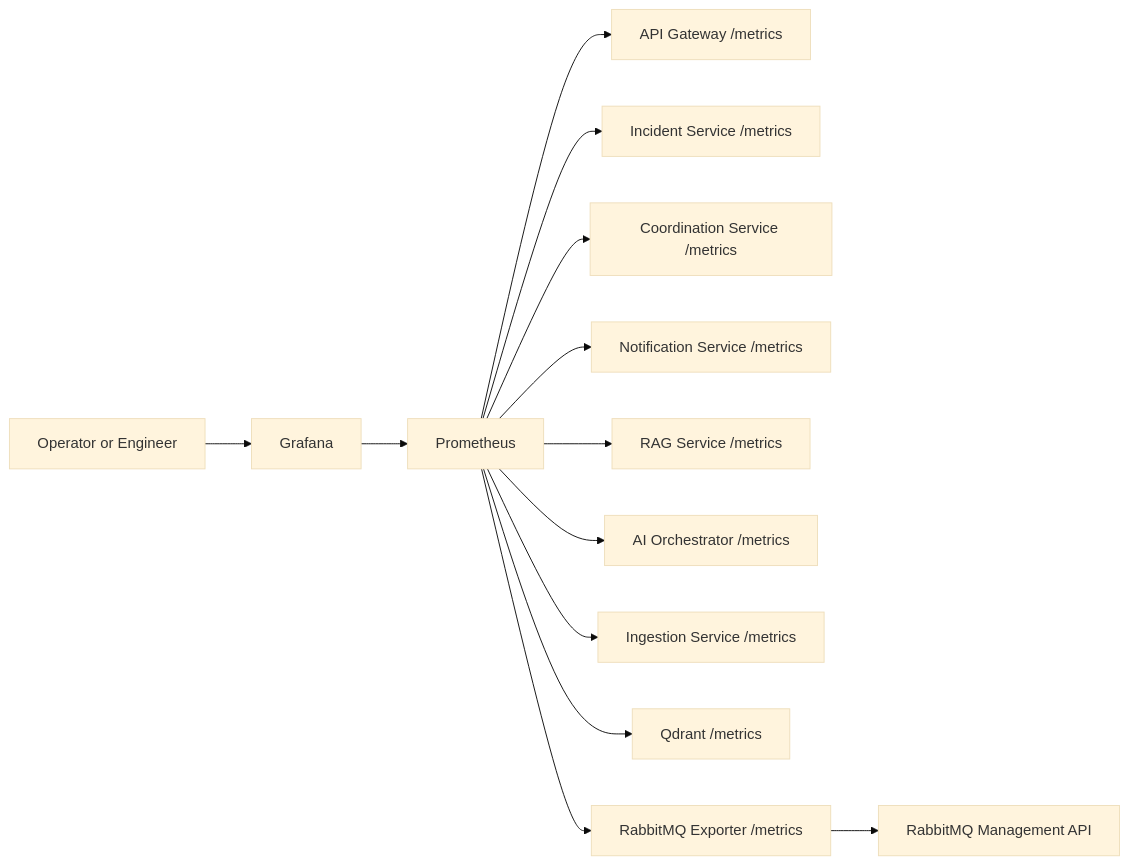
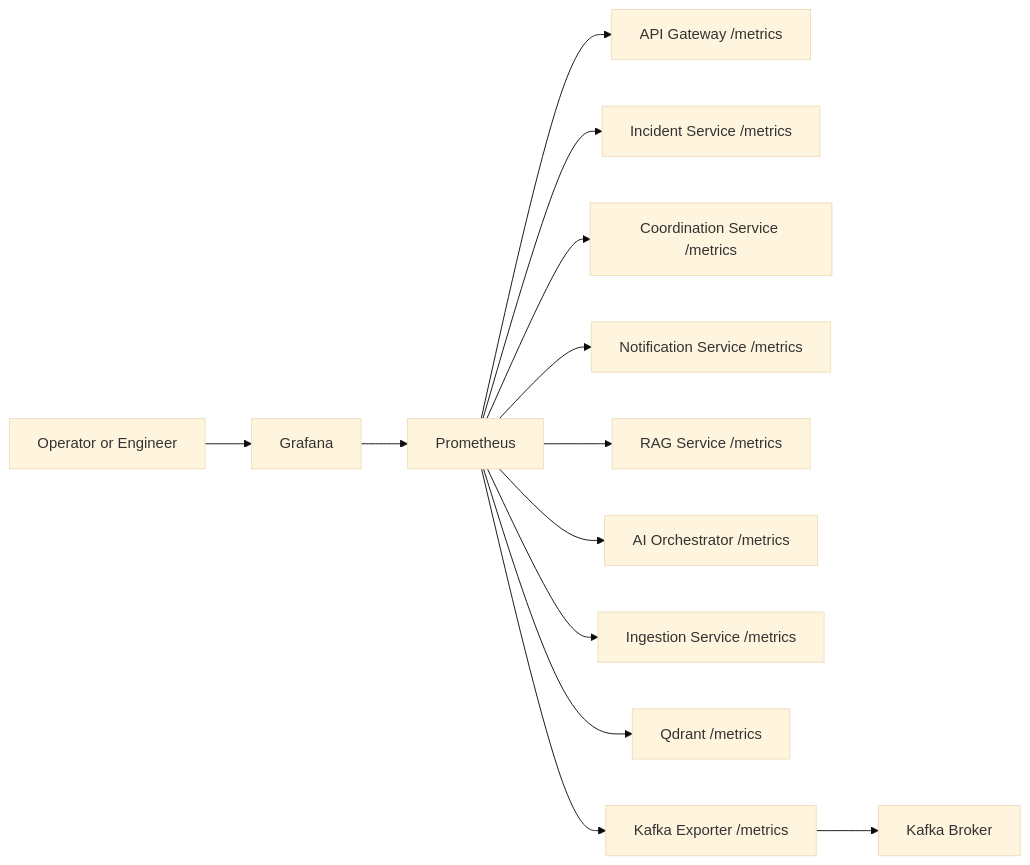
One commit to hanzala-bhutto/Disaster-Response-Command-Platform changed the first of 3 diagrams in docs/phase-7-architecture.md. Above: the diagram before and after it, drawn with Mermaid (base theme). The commit also changed other lines of this file and 33 other files, not shown here.

First line of the commit message:
Refactor messaging system from RabbitMQ to Kafka across the platform

````diff
--- a/docs/phase-7-architecture.md
+++ b/docs/phase-7-architecture.md
@@ -25,15 +25,15 @@
 ```mermaid
 flowchart LR
     U[Operator or Engineer] --> G[Grafana]
     G --> P[Prometheus]
     P --> GW[API Gateway /metrics]
     P --> IS[Incident Service /metrics]
     P --> CS[Coordination Service /metrics]
     P --> NS[Notification Service /metrics]
     P --> RS[RAG Service /metrics]
     P --> AO[AI Orchestrator /metrics]
     P --> ING[Ingestion Service /metrics]
     P --> Q[Qdrant /metrics]
-    P --> RX[RabbitMQ Exporter /metrics]
-    RX --> RMQ[RabbitMQ Management API]
+    P --> RX[Kafka Exporter /metrics]
+    RX --> RMQ[Kafka Broker]
 ```
````
